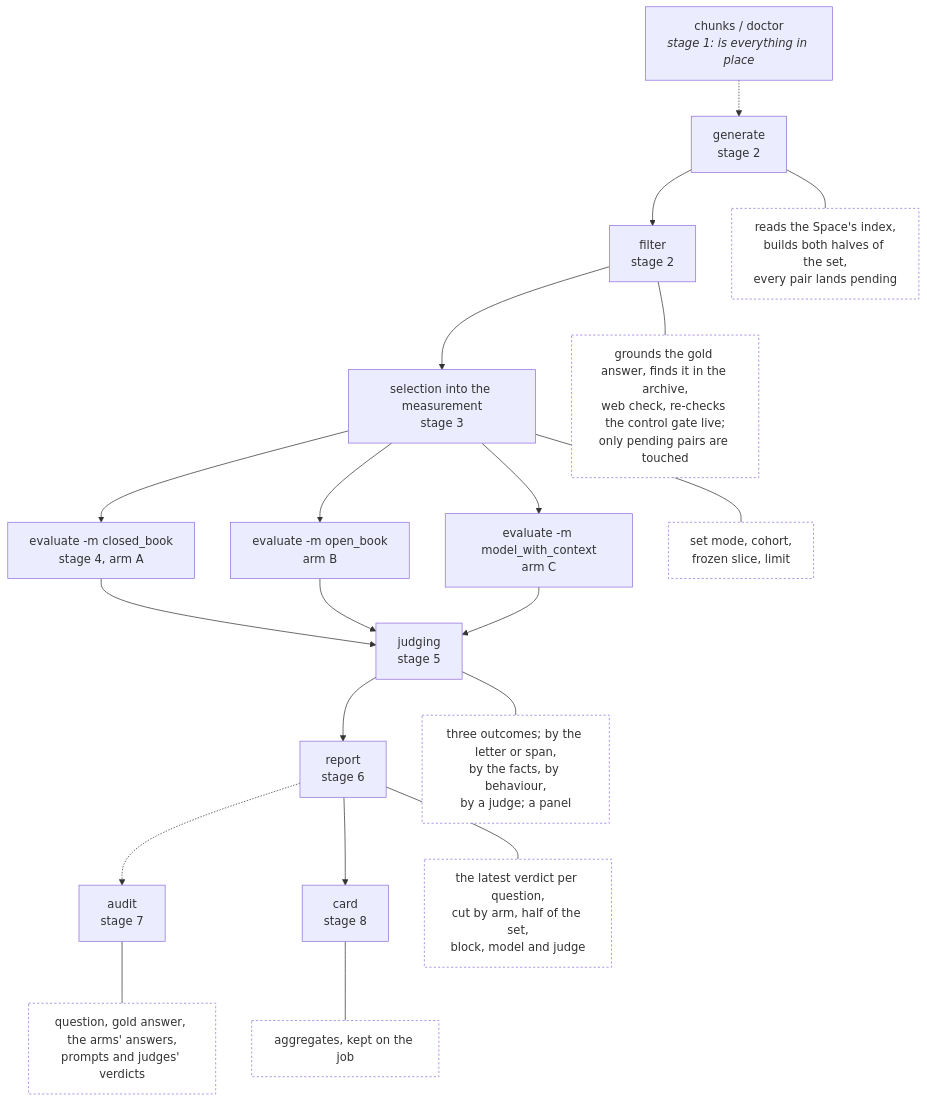
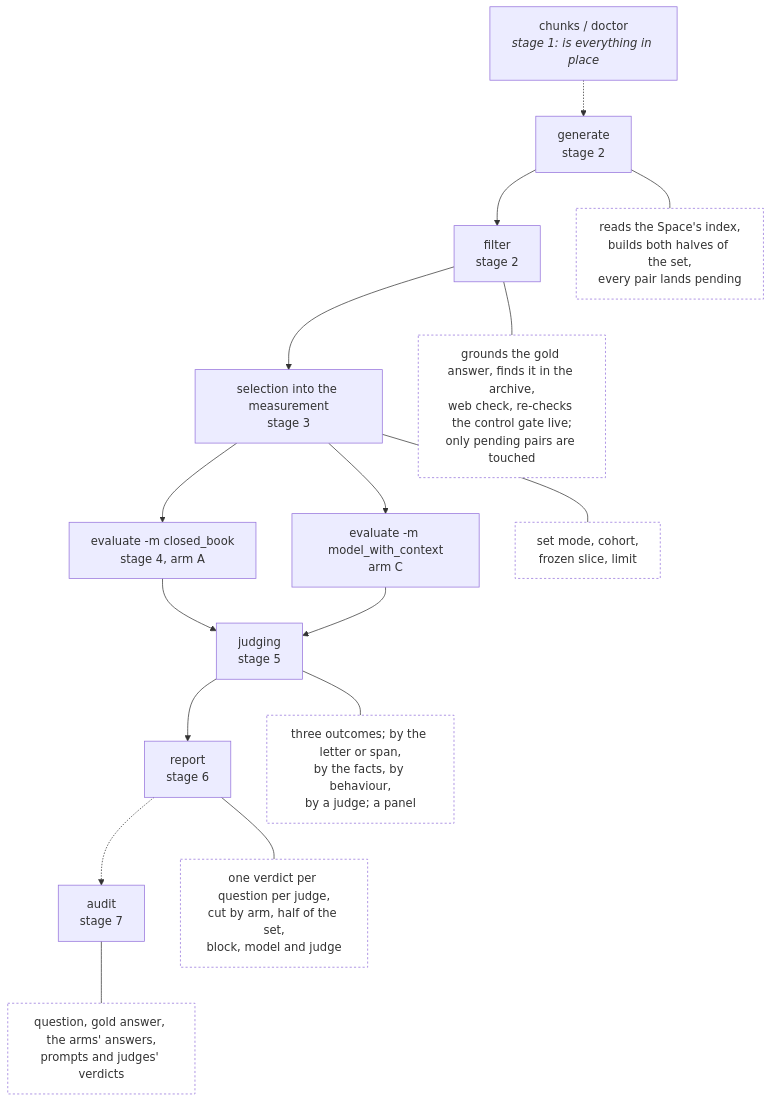
Before and after one commit to OpenMined/syft-space: the diagram in packages/benchmark/docs/README.md, drawn with Mermaid. The commit also changed other lines of this file and 381 other files, not shown here.

````diff
--- a/packages/benchmark/docs/README.md
+++ b/packages/benchmark/docs/README.md
@@ -71,31 +33,26 @@
 ```mermaid
 flowchart TB
     A["chunks / doctor<br/><i>stage 1: is everything in place</i>"] -.-> B
     B["generate<br/>stage 2"] --> FI["filter<br/>stage 2"]
     FI --> S["selection into the measurement<br/>stage 3"]
     S --> C["evaluate -m closed_book<br/>stage 4, arm A"]
-    S --> D["evaluate -m open_book<br/>arm B"]
     S --> H["evaluate -m model_with_context<br/>arm C"]
     C --> J["judging<br/>stage 5"]
-    D --> J
     H --> J
     J --> E["report<br/>stage 6"]
     E -.-> AU["audit<br/>stage 7"]
-    E --> F["card<br/>stage 8"]
 
     B --- b1["reads the Space's index,<br/>builds both halves of the set,<br/>every pair lands pending"]
     FI --- fi1["grounds the gold answer, finds it in the archive,<br/>web check, re-checks the control gate live;<br/>only pending pairs are touched"]
     S --- s1["set mode, cohort,<br/>frozen slice, limit"]
     J --- j1["three outcomes; by the letter or span,<br/>by the facts, by behaviour,<br/>by a judge; a panel"]
-    E --- e1["the latest verdict per question,<br/>cut by arm, half of the set,<br/>block, model and judge"]
+    E --- e1["one verdict per question per judge,<br/>cut by arm, half of the set,<br/>block, model and judge"]
     AU --- a1["question, gold answer, the arms' answers,<br/>prompts and judges' verdicts"]
-    F --- f1["aggregates, kept on the job"]
 
     style b1 fill:#fff,stroke-dasharray: 3 3
     style fi1 fill:#fff,stroke-dasharray: 3 3
     style s1 fill:#fff,stroke-dasharray: 3 3
     style j1 fill:#fff,stroke-dasharray: 3 3
     style e1 fill:#fff,stroke-dasharray: 3 3
     style a1 fill:#fff,stroke-dasharray: 3 3
-    style f1 fill:#fff,stroke-dasharray: 3 3
 ```
````
